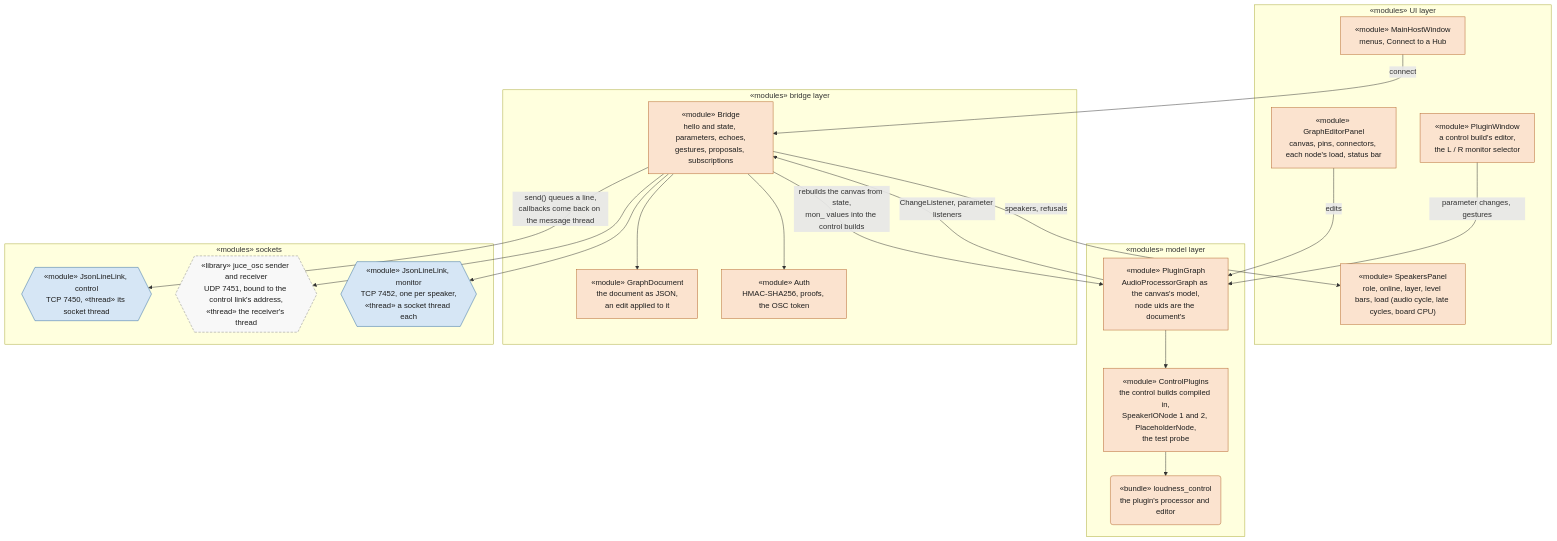
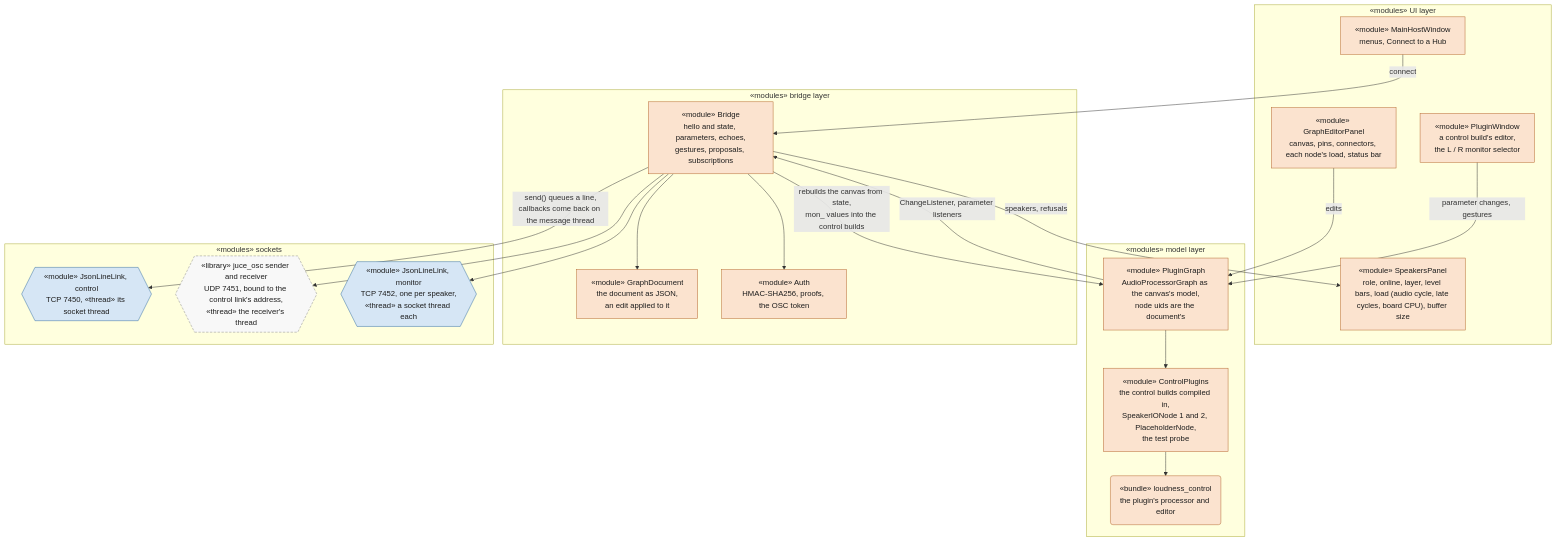
Diagram 16 of 19 in docs/remote-plugin-host.md (AMuszkat/bpi_amp_platform), drawn with Mermaid before and after one commit. The commit also changed other lines of this file and 11 other files, not shown here.

First line of the commit message:
speakerd 0.3.2: the graph document's buffer size, forced as clock.force-quantum

````diff
--- a/docs/remote-plugin-host.md
+++ b/docs/remote-plugin-host.md
@@ -1457,44 +1497,44 @@
 ```mermaid
 flowchart TB
     classDef ctl fill:#fbe3cf,stroke:#b4642a,color:#1d1d1d
     classDef aud fill:#d6e6f5,stroke:#2f6aa3,color:#1d1d1d
     classDef sto fill:#ececec,stroke:#7a7a7a,color:#1d1d1d
     classDef hw fill:#dcefd9,stroke:#3d8a3a,color:#1d1d1d
     classDef sys fill:#f3f0d9,stroke:#9a8a2a,color:#1d1d1d
     classDef lib fill:#f8f8f8,stroke:#8a8a8a,color:#1d1d1d,stroke-dasharray:5 3
 
     subgraph UI["«modules» UI layer"]
         mw["«module» MainHostWindow<br/>menus, Connect to a Hub"]:::ctl
         gep["«module» GraphEditorPanel<br/>canvas, pins, connectors, each node's load, status bar"]:::ctl
         pwin["«module» PluginWindow<br/>a control build's editor,<br/>the L / R monitor selector"]:::ctl
-        sp["«module» SpeakersPanel<br/>role, online, layer, level bars, load (audio cycle, late cycles, board CPU)"]:::ctl
+        sp["«module» SpeakersPanel<br/>role, online, layer, level bars, load (audio cycle, late cycles, board CPU), buffer size"]:::ctl
     end
     subgraph MODEL["«modules» model layer"]
         pg["«module» PluginGraph<br/>AudioProcessorGraph as the canvas's model,<br/>node uids are the document's"]:::ctl
         cp["«module» ControlPlugins<br/>the control builds compiled in,<br/>SpeakerIONode 1 and 2, PlaceholderNode,<br/>the test probe"]:::ctl
         cb("«bundle» loudness_control<br/>the plugin's processor and editor"):::ctl
     end
     subgraph BRIDGE["«modules» bridge layer"]
         gd["«module» GraphDocument<br/>the document as JSON,<br/>an edit applied to it"]:::ctl
         br["«module» Bridge<br/>hello and state, parameters, echoes,<br/>gestures, proposals, subscriptions"]:::ctl
         auth["«module» Auth<br/>HMAC-SHA256, proofs, the OSC token"]:::ctl
     end
     subgraph LINKS["«modules» sockets"]
         cl{{"«module» JsonLineLink, control<br/>TCP 7450, «thread» its socket thread"}}:::aud
         osc{{"«library» juce_osc sender and receiver<br/>UDP 7451, bound to the control link's address,<br/>«thread» the receiver's thread"}}:::lib
         ml{{"«module» JsonLineLink, monitor<br/>TCP 7452, one per speaker,<br/>«thread» a socket thread each"}}:::aud
     end
 
     gep -- "edits" --> pg
     pwin -- "parameter changes, gestures" --> pg
     mw -- "connect" --> br
     br -- "speakers, refusals" --> sp
     pg -- "ChangeListener, parameter listeners" --> br
     br -- "rebuilds the canvas from state,<br/>mon_ values into the control builds" --> pg
     pg --> cp --> cb
     br --> gd
     br --> auth
     br -- "send() queues a line,<br/>callbacks come back on the message thread" --> cl
     br --> osc
     br --> ml
 ```
````
